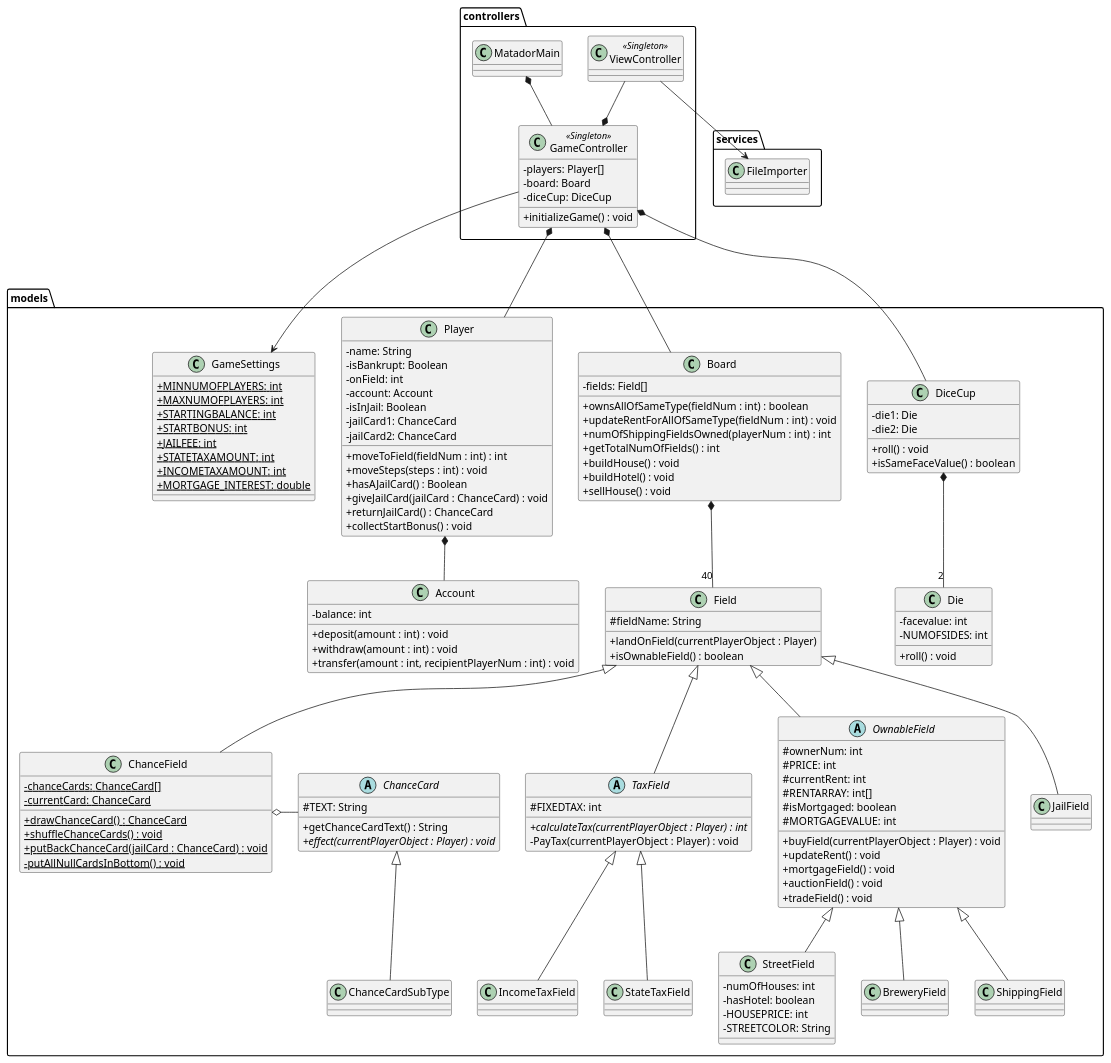
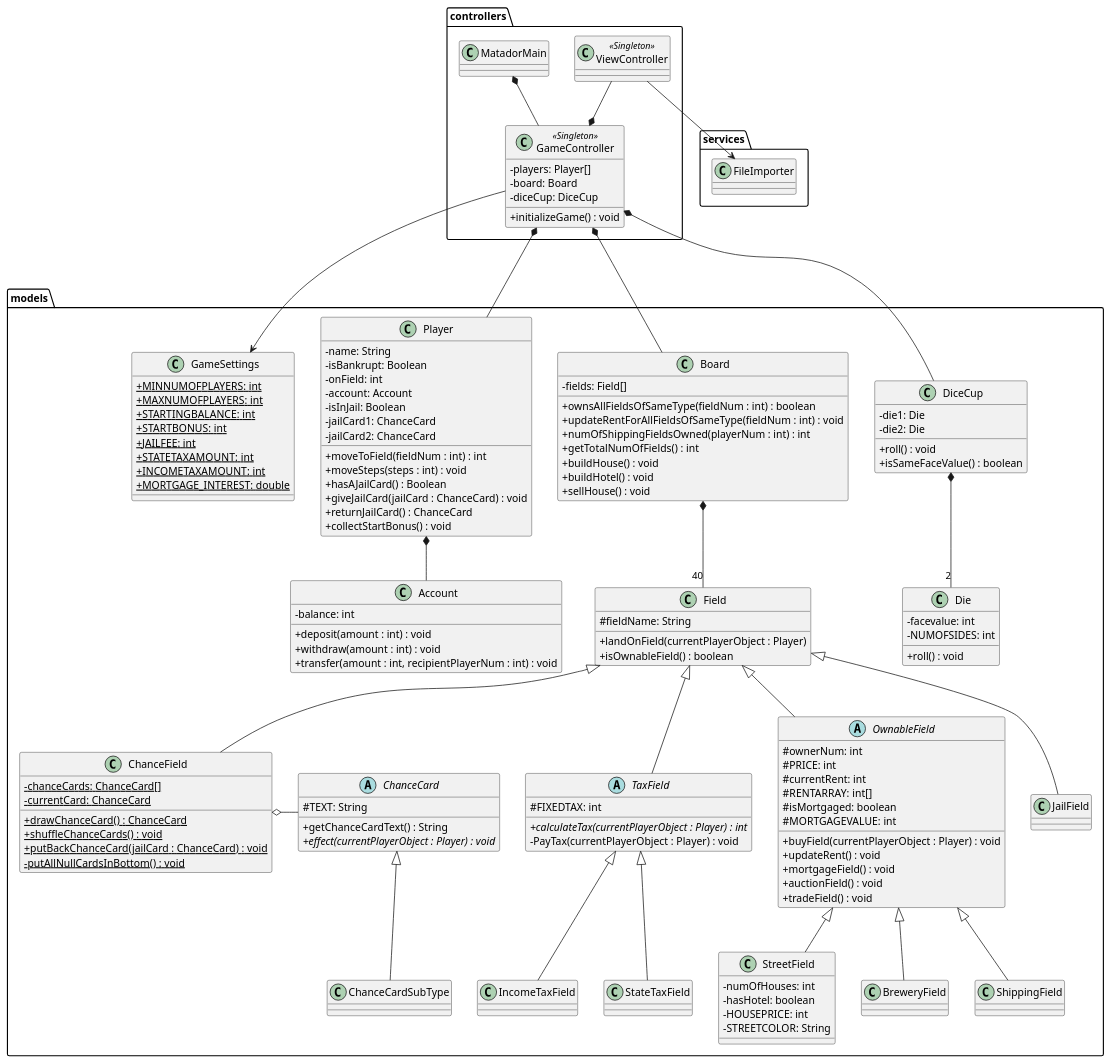
Before and after one commit to GabeKierk889/gruppe-18: the diagram in 18_final/UML/DesignClassDiagram.puml, drawn with PlantUML. The commit also changed 5 other files, not shown here.

```diff
--- a/18_final/UML/DesignClassDiagram.puml
+++ b/18_final/UML/DesignClassDiagram.puml
@@ -67,8 +67,8 @@
 class Board {
     -fields: Field[]
 
-    +ownsAllOfSameType(fieldNum : int) : boolean
-    +updateRentForAllOfSameType(fieldNum : int) : void
+    +ownsAllFieldsOfSameType(fieldNum : int) : boolean
+    +updateRentForAllFieldsOfSameType(fieldNum : int) : void
     +numOfShippingFieldsOwned(playerNum : int) : int
     +getTotalNumOfFields() : int
     +buildHouse() : void
```
